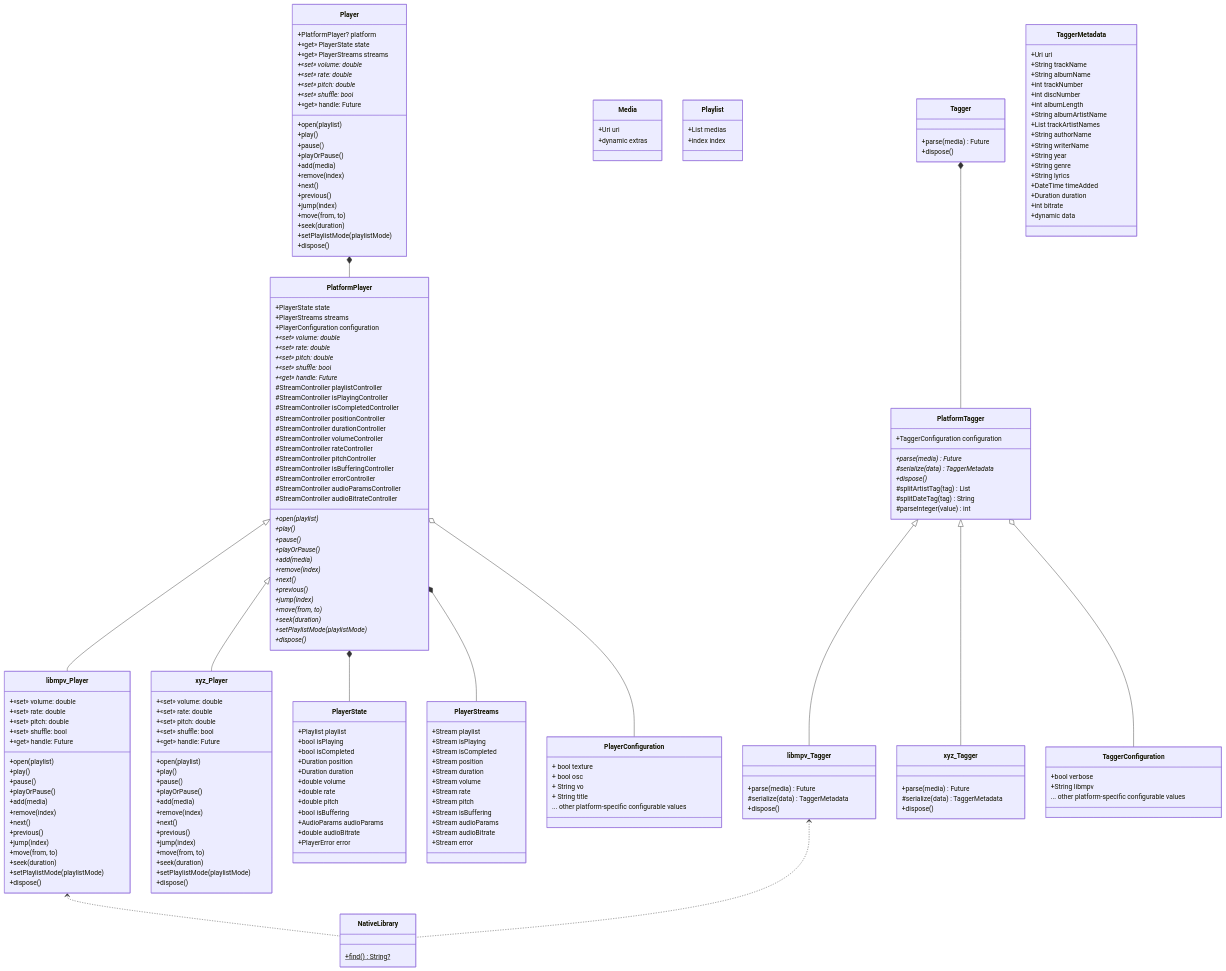
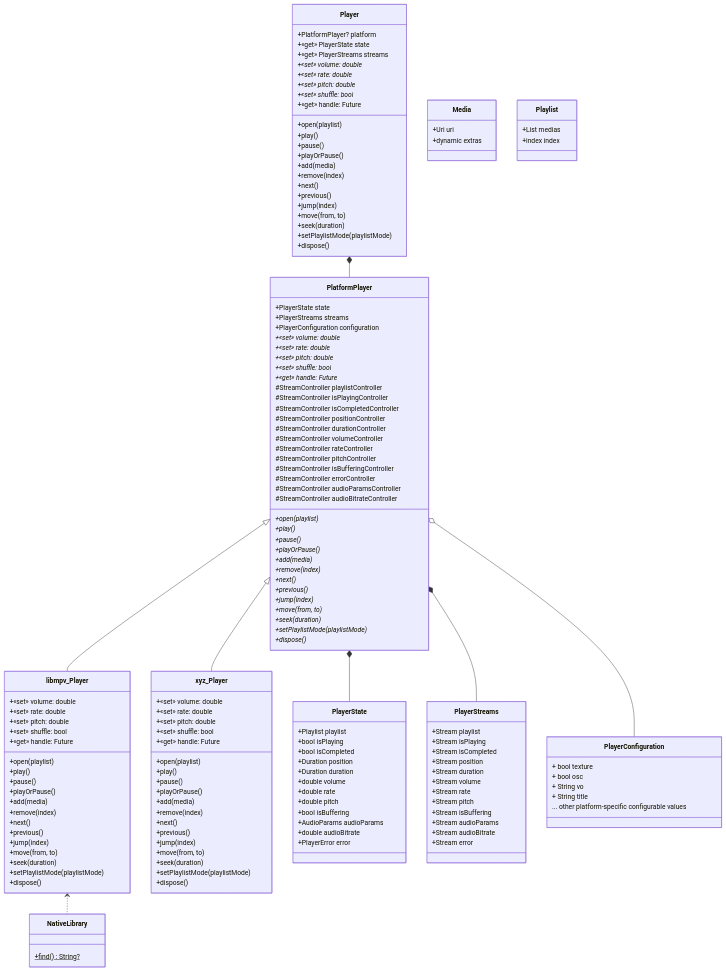
The diagram in README.md (media-kit/media-kit), drawn with Mermaid before and after one commit. The commit also changed other lines of this file and 2 other files, not shown here.

Commit message:
chore: update test application & docs

````diff
--- a/README.md
+++ b/README.md
@@ -290,66 +290,4 @@
     +«get» handle: Future<int>
     +dispose()
   }
-
-  Tagger *-- PlatformTagger
-  PlatformTagger <|-- libmpv_Tagger
-  PlatformTagger <|-- xyz_Tagger
-  PlatformTagger o-- TaggerConfiguration
-
-  libmpv_Tagger <.. NativeLibrary
-
-  class TaggerMetadata {
-    +Uri uri
-    +String trackName
-    +String albumName
-    +int trackNumber
-    +int discNumber
-    +int albumLength
-    +String albumArtistName
-    +List<String> trackArtistNames
-    +String authorName
-    +String writerName
-    +String year
-    +String genre
-    +String lyrics
-    +DateTime timeAdded
-    +Duration duration
-    +int bitrate
-    +dynamic data
-  }
-
-  class Tagger {
-    +parse(media) Future<TaggerMetadata>
-    +dispose()
-  }
-
-  class TaggerConfiguration {
-    +bool verbose
-    +String libmpv
-    ... other platform-specific configurable values
-  }
-
-  class PlatformTagger {
-    +TaggerConfiguration configuration
-
-    +parse(media)* Future<TaggerMetadata>
-    #serialize(data)* TaggerMetadata
-    +dispose()*
-
-    #splitArtistTag(tag) List<String>
-    #splitDateTag(tag) String
-    #parseInteger(value) int
-  }
-
-  class libmpv_Tagger {
-    +parse(media) Future<TaggerMetadata>
-    #serialize(data) TaggerMetadata
-    +dispose()
-  }
-
-  class xyz_Tagger {
-    +parse(media) Future<TaggerMetadata>
-    #serialize(data) TaggerMetadata
-    +dispose()
-  }
 ```
````
